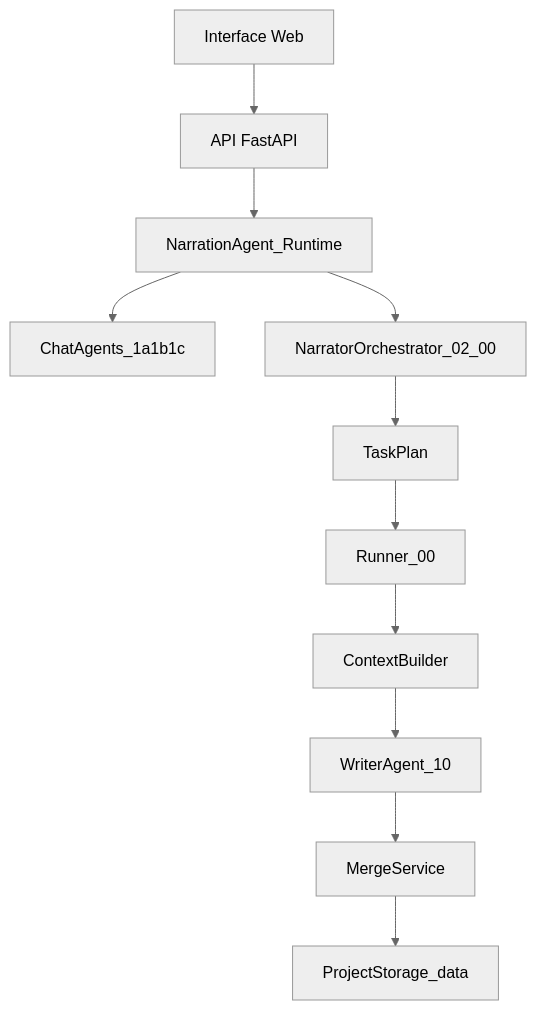
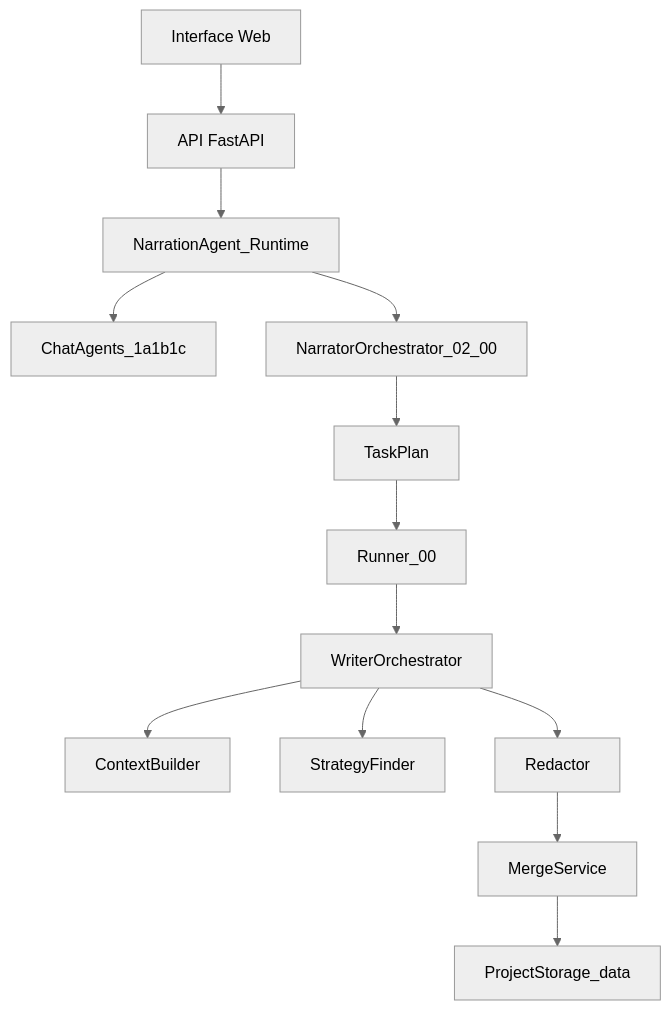
One commit to theofabrica/Narrations changed the diagram in app/narration_agent/ARCHITECTURE.md. Above: the diagram before and after it, drawn with Mermaid (neutral theme). The commit also changed other lines of this file and 33 other files, not shown here.

````diff
--- a/app/narration_agent/ARCHITECTURE.md
+++ b/app/narration_agent/ARCHITECTURE.md
@@ -49,13 +52,15 @@
 ```mermaid
 flowchart TD
   UI["Interface Web"] --> API["API FastAPI"]
   API --> NA["NarrationAgent_Runtime"]
   NA --> Chat["ChatAgents_1a1b1c"]
   NA --> NOrch["NarratorOrchestrator_02_00"]
   NOrch --> Plan["TaskPlan"]
   Plan --> Runner["Runner_00"]
-  Runner --> Ctx["ContextBuilder"]
-  Ctx --> Writer["WriterAgent_10"]
-  Writer --> Merge["MergeService"]
+  Runner --> WOrch["WriterOrchestrator"]
+  WOrch --> Ctx["ContextBuilder"]
+  WOrch --> Strat["StrategyFinder"]
+  WOrch --> Redactor["Redactor"]
+  Redactor --> Merge["MergeService"]
   Merge --> Store["ProjectStorage_data"]
 ```
````
